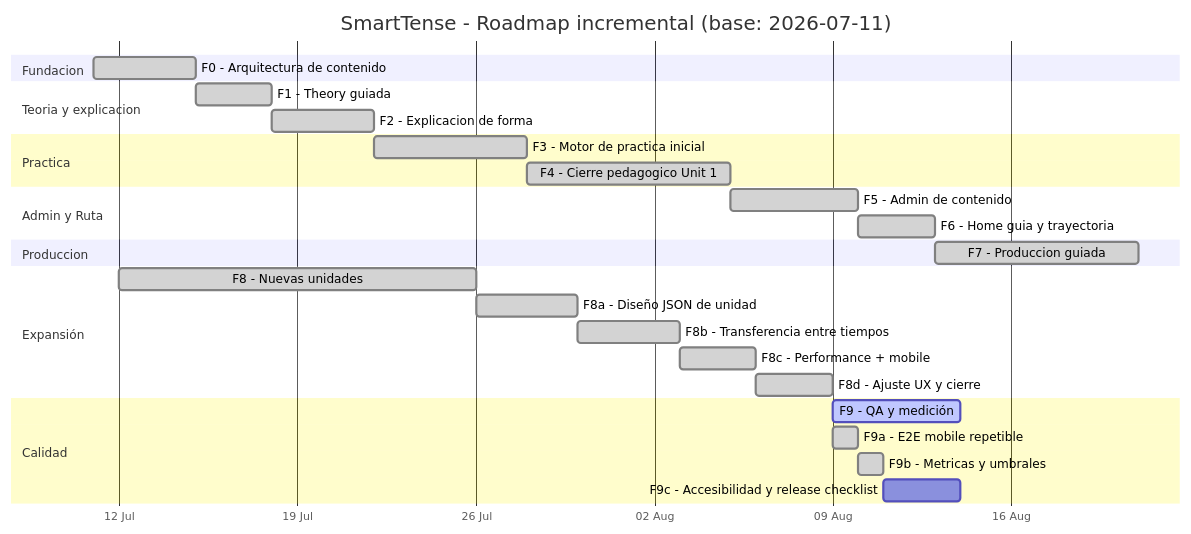
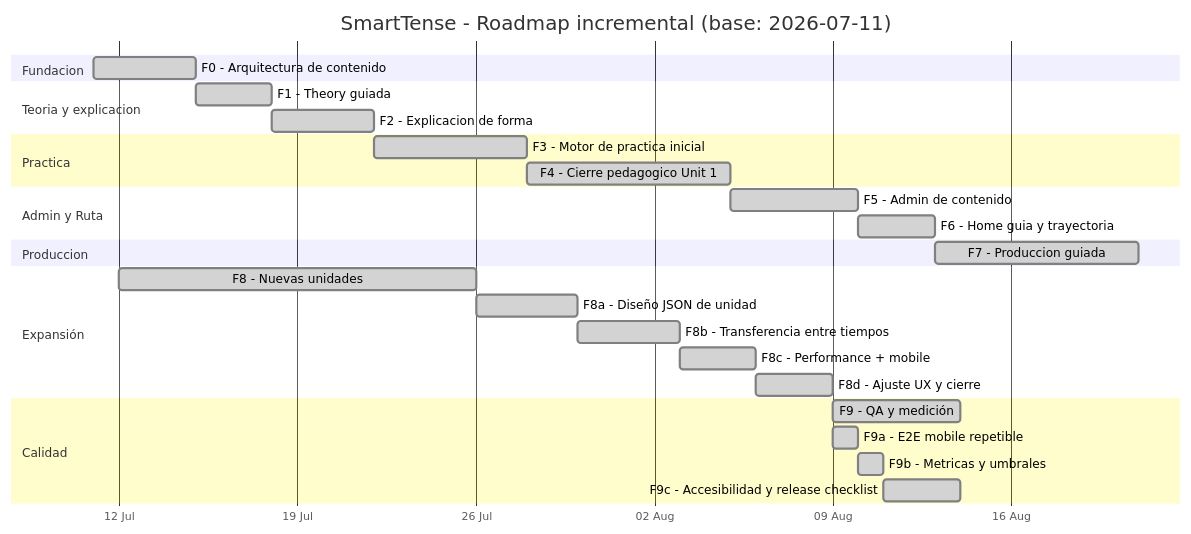
The diagram in docs/DEVELOPMENT_ROADMAP_INCREMENTAL.md (dafermen/SmartTense), drawn with Mermaid before and after one commit. The commit also changed other lines of this file and 10 other files, not shown here.

Commit message:
Add release checklist and accessibility smoke gates

````diff
--- a/docs/DEVELOPMENT_ROADMAP_INCREMENTAL.md
+++ b/docs/DEVELOPMENT_ROADMAP_INCREMENTAL.md
@@ -152,30 +154,30 @@
 ```mermaid
 gantt
   title SmartTense - Roadmap incremental (base: 2026-07-11)
   dateFormat  YYYY-MM-DD
   axisFormat  %d %b
   section Fundacion
   F0 - Arquitectura de contenido       :done, f0, 2026-07-11, 4d
   section Teoria y explicacion
   F1 - Theory guiada                   :done, f1, after f0, 3d
   F2 - Explicacion de forma            :done, f2, after f1, 4d
   section Practica
   F3 - Motor de practica inicial        :done, f3, after f2, 6d
   F4 - Cierre pedagogico Unit 1        :done, f4, after f3, 8d
   section Admin y Ruta
   F5 - Admin de contenido              :done, f5, after f4, 5d
   F6 - Home guia y trayectoria         :done, f6, after f5, 3d
   section Produccion
   F7 - Produccion guiada               :done, f7, after f6, 8d
   section Expansión
   F8 - Nuevas unidades                 :done, f8, 2026-07-12, 14d
   F8a - Diseño JSON de unidad           :done, f8a, after f8, 4d
   F8b - Transferencia entre tiempos     :done, f8b, after f8a, 4d
   F8c - Performance + mobile            :done, f8c, after f8b, 3d
   F8d - Ajuste UX y cierre              :done, f8d, after f8c, 3d
   section Calidad
-  F9 - QA y medición                    :active, f9, after f8d, 5d
+  F9 - QA y medición                    :done, f9, after f8d, 5d
   F9a - E2E mobile repetible             :done, f9a, after f8d, 1d
   F9b - Metricas y umbrales              :done, f9b, after f9a, 1d
-  F9c - Accesibilidad y release checklist :f9c, after f9b, 3d
+  F9c - Accesibilidad y release checklist :done, f9c, after f9b, 3d
 ```
````
